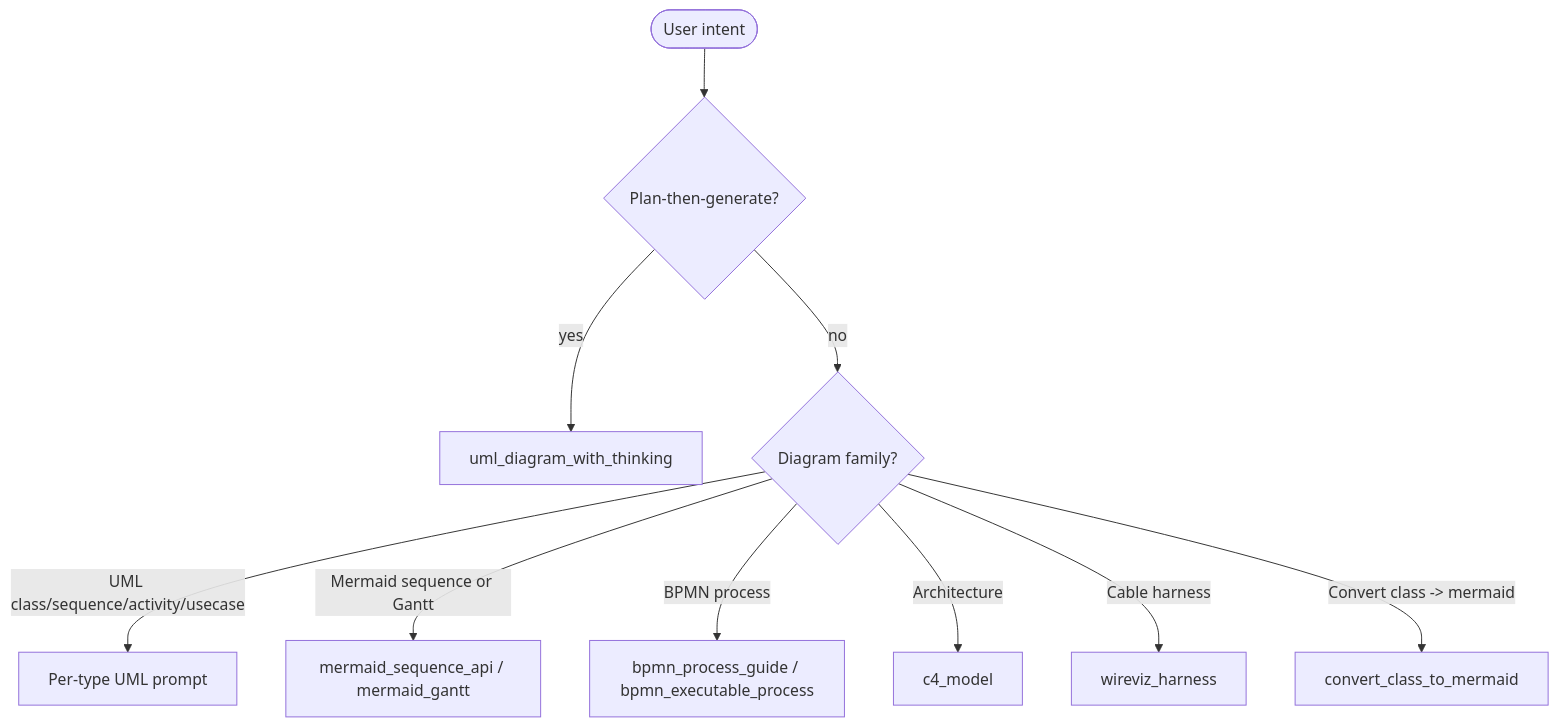
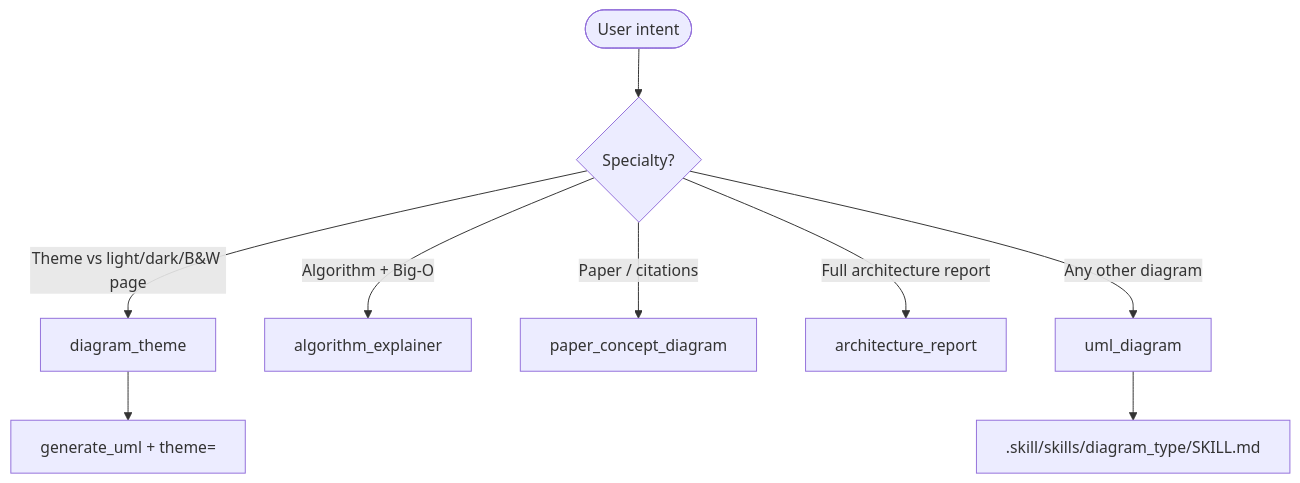
The diagram in docs/reference/prompts.md (antoinebou12/uml-mcp), drawn with Mermaid before and after one commit. The commit also changed other lines of this file and 155 other files, not shown here.

First line of the commit message:
feat(mcp): progressive discovery, per-type skills, themes, and SVG raster fallback

````diff
--- a/docs/reference/prompts.md
+++ b/docs/reference/prompts.md
@@ -82,12 +51,11 @@
 ```mermaid
 flowchart TD
-    Start([User intent]) --> Q1{Plan-then-generate?}
-    Q1 -- yes --> Plan[uml_diagram_with_thinking]
-    Q1 -- no  --> Q2{Diagram family?}
-    Q2 -->|UML class/sequence/activity/usecase| UMLp[Per-type UML prompt]
-    Q2 -->|Mermaid sequence or Gantt| MMp[mermaid_sequence_api / mermaid_gantt]
-    Q2 -->|BPMN process| BPMNp[bpmn_process_guide / bpmn_executable_process]
-    Q2 -->|Architecture| C4p[c4_model]
-    Q2 -->|Cable harness| WVp[wireviz_harness]
-    Q2 -->|Convert class -> mermaid| Convp[convert_class_to_mermaid]
+    Start([User intent]) --> Q1{Specialty?}
+    Q1 -->|Theme vs light/dark/B&W page| Theme[diagram_theme]
+    Q1 -->|Algorithm + Big-O| Alg[algorithm_explainer]
+    Q1 -->|Paper / citations| Paper[paper_concept_diagram]
+    Q1 -->|Full architecture report| Report[architecture_report]
+    Q1 -->|Any other diagram| Uml[uml_diagram]
+    Uml --> Skill[".skill/skills/diagram_type/SKILL.md"]
+    Theme --> Generate["generate_uml + theme="]
 ```
````
